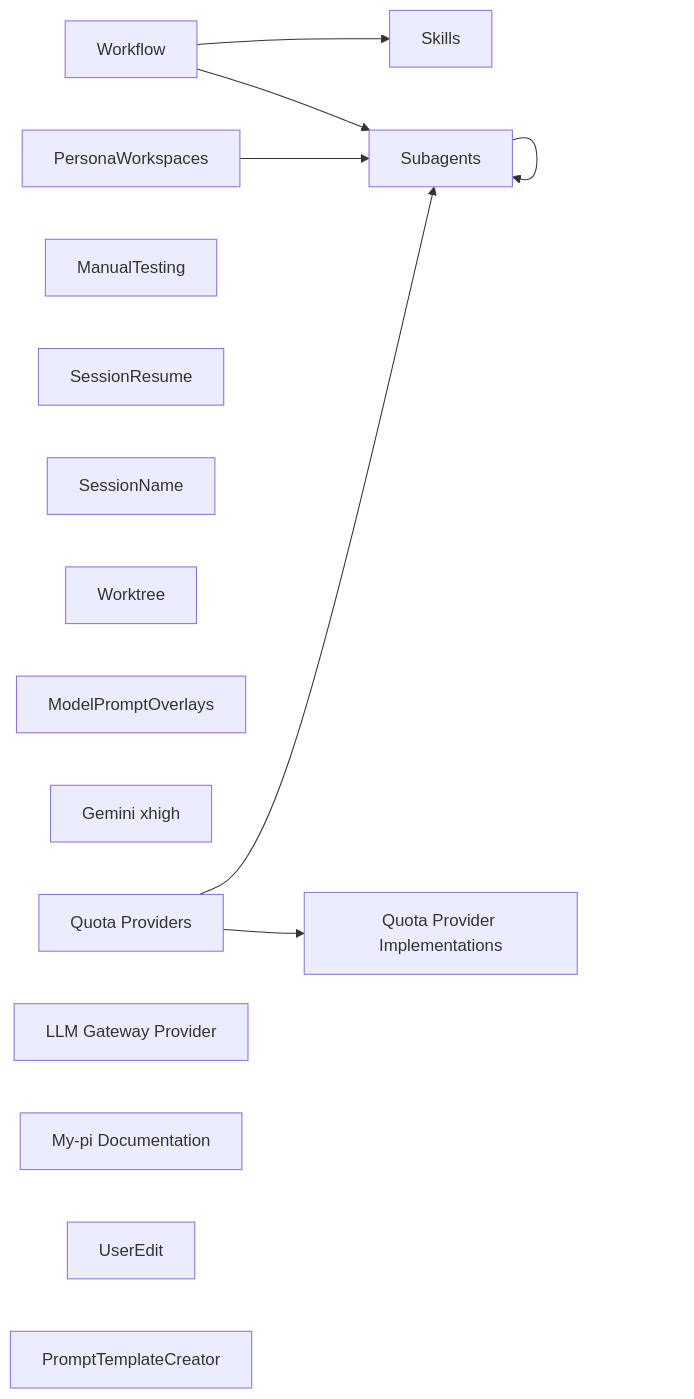
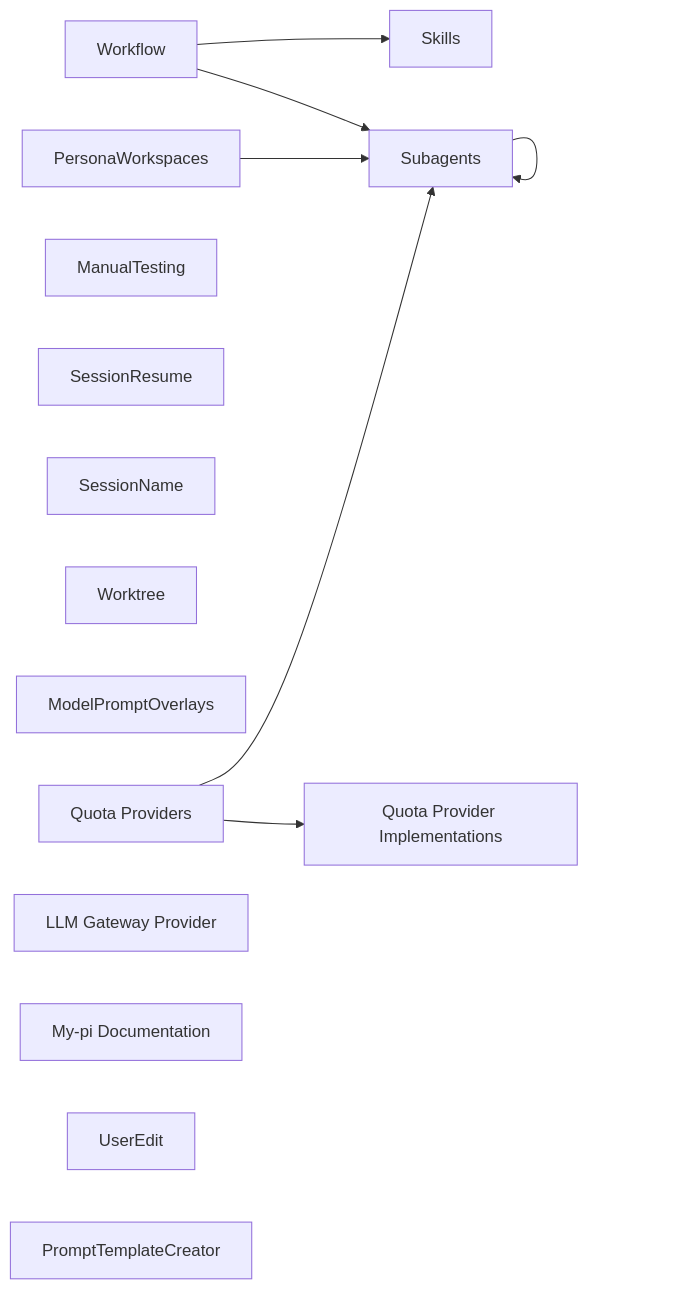
The first of 2 diagrams in codemap.md (alennartz/my-pi), drawn with Mermaid before and after one commit. The commit also changed other lines of this file and 3 other files, not shown here.

Commit message:
refactor: drop gemini-xhigh workaround; pi-ai 1.6.1 maps xhigh natively

````diff
--- a/codemap.md
+++ b/codemap.md
@@ -7,19 +7,18 @@
 ```mermaid
 graph LR
   Workflow --> Skills
   Workflow --> Subagents
   Subagents --> Subagents
   PersonaWorkspaces --> Subagents
   ManualTesting
   SessionResume
   SessionName
   Worktree
   ModelPromptOverlays
-  GeminiXhigh["Gemini xhigh"]
   QuotaProviders["Quota Providers"] --> Subagents
   QuotaProviders --> QuotaProviderImplementations["Quota Provider Implementations"]
   LLMGatewayProvider["LLM Gateway Provider"]
   MyPiDocumentation["My-pi Documentation"]
   UserEdit
   PromptTemplateCreator
 ```
````
